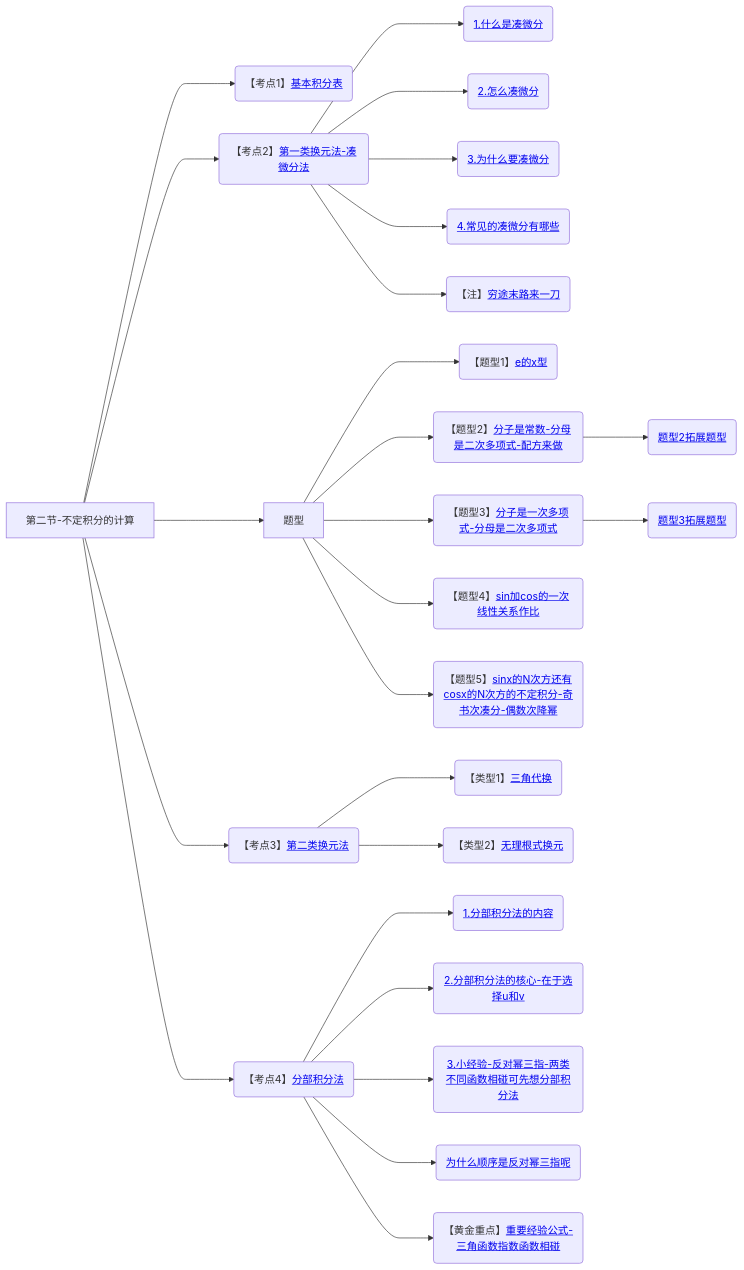
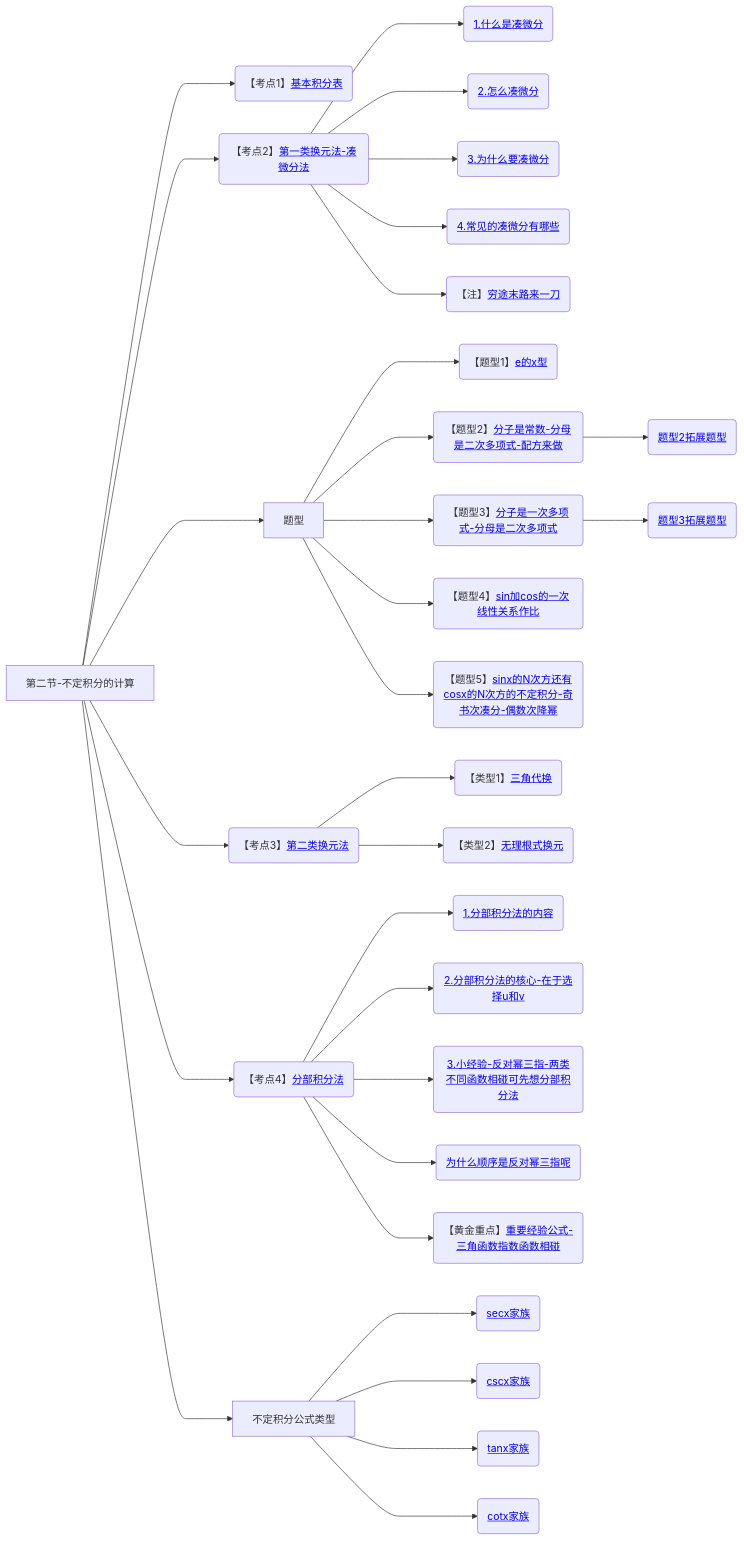
Diagram 18 of 18 in 笔记/数学/周洋鑫/01.基础班思维导图.md (yuebinghui/note), drawn with Mermaid before and after one commit. The commit also changed other lines of this file and 2 other files, not shown here.

Commit message:
Mon Dec 16 14:00:01 CST 2024

````diff
--- a/笔记/数学/周洋鑫/01.基础班思维导图.md
+++ b/笔记/数学/周洋鑫/01.基础班思维导图.md
@@ -625,33 +625,39 @@
 ```mermaid
 graph LR
 第二节-不定积分的计算
 
 第二节-不定积分的计算--->基本积分表(【考点1】<a href="/Users/yuebinghui/Documents/program/github/note/笔记/数学/周洋鑫/基础班/18.不定积分_1.md#基本积分表">基本积分表</>)
 
 第二节-不定积分的计算--->第一类换元法-凑微分法(【考点2】<a href="/Users/yuebinghui/Documents/program/github/note/笔记/数学/周洋鑫/基础班/18.不定积分_1.md#第一类换元法-凑微分法">第一类换元法-凑微分法</>)
 第一类换元法-凑微分法--->1.什么是凑微分(<a href="/Users/yuebinghui/Documents/program/github/note/笔记/数学/周洋鑫/基础班/18.不定积分_1.md#1.什么是凑微分">1.什么是凑微分</>)
 第一类换元法-凑微分法--->2.怎么凑微分(<a href="/Users/yuebinghui/Documents/program/github/note/笔记/数学/周洋鑫/基础班/18.不定积分_1.md#2.怎么凑微分">2.怎么凑微分</>)
 第一类换元法-凑微分法--->3.为什么要凑微分(<a href="/Users/yuebinghui/Documents/program/github/note/笔记/数学/周洋鑫/基础班/18.不定积分_1.md#3.为什么要凑微分">3.为什么要凑微分</>)
 第一类换元法-凑微分法--->4.常见的凑微分有哪些(<a href="/Users/yuebinghui/Documents/program/github/note/笔记/数学/周洋鑫/基础班/18.不定积分_1.md#4.常见的凑微分有哪些">4.常见的凑微分有哪些</>)
 第一类换元法-凑微分法--->穷途末路来一刀(【注】<a href="/Users/yuebinghui/Documents/program/github/note/笔记/数学/周洋鑫/基础班/18.不定积分_1.md#穷途末路来一刀">穷途末路来一刀</>)
 
 第二节-不定积分的计算--->题型
 题型--->e的x型(【题型1】<a href="/Users/yuebinghui/Documents/program/github/note/笔记/数学/周洋鑫/基础班/18.不定积分_1.md#e的x型">e的x型</>)
 题型--->分子是常数-分母是二次多项式-配方来做(【题型2】<a href="/Users/yuebinghui/Documents/program/github/note/笔记/数学/周洋鑫/基础班/19.不定积分_2.md#分子是常数-分母是二次多项式-配方来做">分子是常数-分母是二次多项式-配方来做</>)
 分子是常数-分母是二次多项式-配方来做--->题型2拓展题型(<a href="/Users/yuebinghui/Documents/program/github/note/笔记/数学/周洋鑫/基础班/19.不定积分_2.md#题型2拓展题型">题型2拓展题型</>)
 题型--->分子是一次多项式-分母是二次多项式(【题型3】<a href="/Users/yuebinghui/Documents/program/github/note/笔记/数学/周洋鑫/基础班/19.不定积分_2.md#分子是一次多项式-分母是二次多项式">分子是一次多项式-分母是二次多项式</>)
 分子是一次多项式-分母是二次多项式--->题型3拓展题型(<a href="/Users/yuebinghui/Documents/program/github/note/笔记/数学/周洋鑫/基础班/19.不定积分_2.md#题型3拓展题型">题型3拓展题型</>)
 题型--->sin加cos的一次线性关系作比(【题型4】<a href="/Users/yuebinghui/Documents/program/github/note/笔记/数学/周洋鑫/基础班/19.不定积分_2.md#sin加cos的一次线性关系作比">sin加cos的一次线性关系作比</>)
 题型--->sinx的N次方还有cosx的N次方的不定积分-奇书次凑分-偶数次降幂(【题型5】<a href="/Users/yuebinghui/Documents/program/github/note/笔记/数学/周洋鑫/基础班/19.不定积分_2.md#sinx的N次方还有cosx的N次方的不定积分-奇书次凑分-偶数次降幂">sinx的N次方还有cosx的N次方的不定积分-奇书次凑分-偶数次降幂</>)
 
 第二节-不定积分的计算--->第二类换元法(【考点3】<a href="/Users/yuebinghui/Documents/program/github/note/笔记/数学/周洋鑫/基础班/19.不定积分_2.md#第二类换元法">第二类换元法</>)
 第二类换元法--->三角代换(【类型1】<a href="/Users/yuebinghui/Documents/program/github/note/笔记/数学/周洋鑫/基础班/19.不定积分_2.md#三角代换">三角代换</>)
 第二类换元法--->无理根式换元(【类型2】<a href="/Users/yuebinghui/Documents/program/github/note/笔记/数学/周洋鑫/基础班/19.不定积分_2.md#无理根式换元">无理根式换元</>)
 
 第二节-不定积分的计算--->分部积分法(【考点4】<a href="/Users/yuebinghui/Documents/program/github/note/笔记/数学/周洋鑫/基础班/19.不定积分_2.md#分部积分法">分部积分法</>)
 分部积分法--->1.分部积分法的内容(<a href="/Users/yuebinghui/Documents/program/github/note/笔记/数学/周洋鑫/基础班/19.不定积分_2.md#1.分部积分法的内容">1.分部积分法的内容</>)
 分部积分法--->2.分部积分法的核心-在于选择u和v(<a href="/Users/yuebinghui/Documents/program/github/note/笔记/数学/周洋鑫/基础班/19.不定积分_2.md#2.分部积分法的核心-在于选择u和v">2.分部积分法的核心-在于选择u和v</>)
 分部积分法--->3.小经验-反对幂三指-两类不同函数相碰可先想分部积分法(<a href="/Users/yuebinghui/Documents/program/github/note/笔记/数学/周洋鑫/基础班/19.不定积分_2.md#3.小经验-反对幂三指-两类不同函数相碰可先想分部积分法">3.小经验-反对幂三指-两类不同函数相碰可先想分部积分法</>)
 分部积分法--->为什么顺序是反对幂三指呢(<a href="/Users/yuebinghui/Documents/program/github/note/笔记/数学/周洋鑫/基础班/19.不定积分_2.md#为什么顺序是反对幂三指呢">为什么顺序是反对幂三指呢</>)
 分部积分法--->重要经验公式-三角函数指数函数相碰(【黄金重点】<a href="/Users/yuebinghui/Documents/program/github/note/笔记/数学/周洋鑫/基础班/19.不定积分_2.md#重要经验公式-三角函数指数函数相碰">重要经验公式-三角函数指数函数相碰</>)
+
+第二节-不定积分的计算--->不定积分公式类型
+不定积分公式类型--->secx家族(<a href="/Users/yuebinghui/Documents/program/github/note/笔记/数学/周洋鑫/基础班/20.不定积分_3.md#secx家族">secx家族</>)
+不定积分公式类型--->cscx家族(<a href="/Users/yuebinghui/Documents/program/github/note/笔记/数学/周洋鑫/基础班/20.不定积分_3.md#cscx家族">cscx家族</>)
+不定积分公式类型--->tanx家族(<a href="/Users/yuebinghui/Documents/program/github/note/笔记/数学/周洋鑫/基础班/20.不定积分_3.md#tanx家族">tanx家族</>)
+不定积分公式类型--->cotx家族(<a href="/Users/yuebinghui/Documents/program/github/note/笔记/数学/周洋鑫/基础班/20.不定积分_3.md#cotx家族">cotx家族</>)
 ```
````
